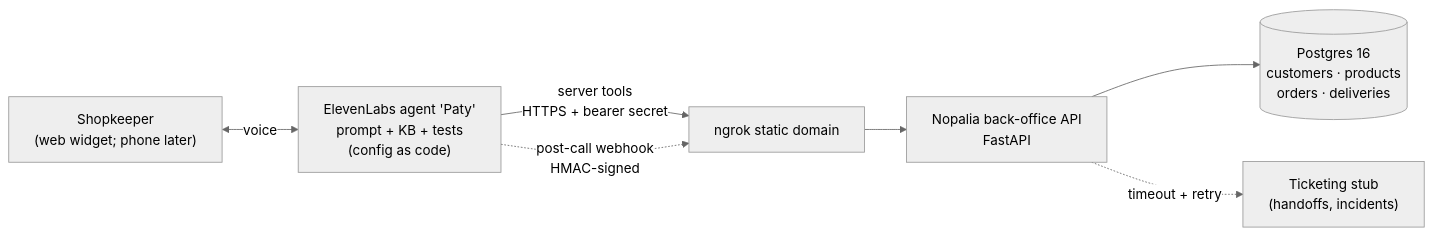
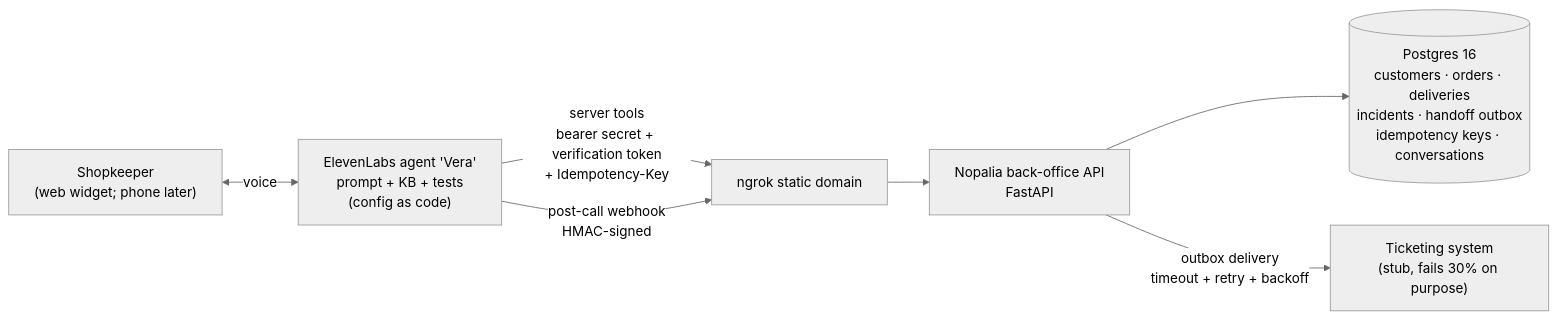
One commit to leogzz0/retailer-voice-agent changed the diagram in README.md. Above: the diagram before and after it, drawn with Mermaid (neutral theme). The commit also changed other lines of this file and 61 other files, not shown here.

Commit message:
voice agent deploymeny

````diff
--- a/README.md
+++ b/README.md
@@ -13,9 +13,9 @@
 ```mermaid
 flowchart LR
-    caller["Shopkeeper<br/>(web widget; phone later)"] <-->|voice| agent["ElevenLabs agent 'Paty'<br/>prompt + KB + tests<br/>(config as code)"]
-    agent -->|"server tools<br/>HTTPS + bearer secret"| tunnel["ngrok static domain"]
-    agent -.->|"post-call webhook<br/>HMAC-signed"| tunnel
+    caller["Shopkeeper<br/>(web widget; phone later)"] <-->|voice| agent["ElevenLabs agent 'Vera'<br/>prompt + KB + tests<br/>(config as code)"]
+    agent -->|"server tools<br/>bearer secret + verification token<br/>+ Idempotency-Key"| tunnel["ngrok static domain"]
+    agent -->|"post-call webhook<br/>HMAC-signed"| tunnel
     tunnel --> api["Nopalia back-office API<br/>FastAPI"]
-    api --> db[("Postgres 16<br/>customers · products<br/>orders · deliveries")]
-    api -.->|"timeout + retry"| ticketing["Ticketing stub<br/>(handoffs, incidents)"]
+    api --> db[("Postgres 16<br/>customers · orders · deliveries<br/>incidents · handoff outbox<br/>idempotency keys · conversations")]
+    api -->|"outbox delivery<br/>timeout + retry + backoff"| ticketing["Ticketing system<br/>(stub, fails 30% on purpose)"]
 ```
````
